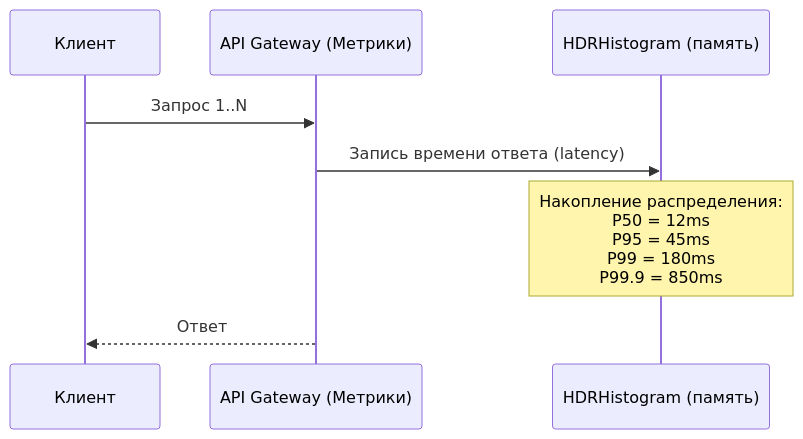
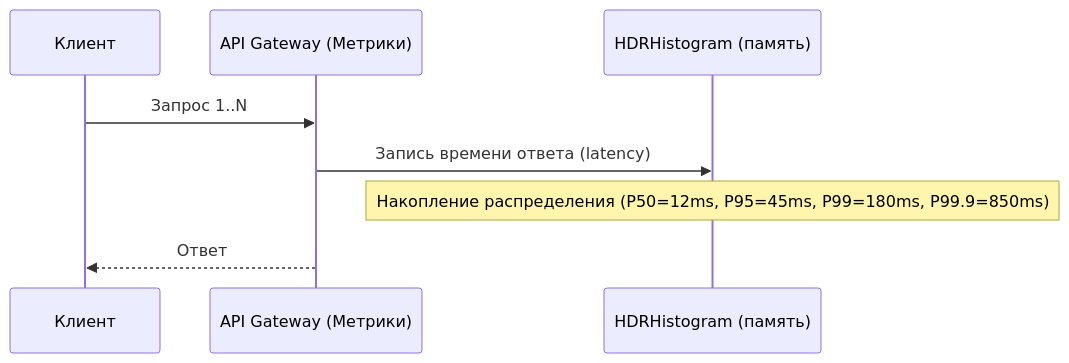
One commit to Groghrus/fullstack-core changed the second of 2 diagrams in packages/content/themes/09-keshirovanie/p99-latency.md. Above: the diagram before and after it, drawn with Mermaid. The commit also changed other lines of this file and 32 other files, not shown here.

````diff
--- a/packages/content/themes/09-keshirovanie/p99-latency.md
+++ b/packages/content/themes/09-keshirovanie/p99-latency.md
@@ -32,10 +32,10 @@
 ```mermaid
 sequenceDiagram
     participant Client as Клиент
     participant API as API Gateway (Метрики)
     participant Histogram as HDRHistogram (память)
     Client->>API: Запрос 1..N
     API->>Histogram: Запись времени ответа (latency)
-    Note over Histogram: Накопление распределения:<br/>P50 = 12ms<br/>P95 = 45ms<br/>P99 = 180ms<br/>P99.9 = 850ms
+    Note over Histogram: Накопление распределения (P50=12ms, P95=45ms, P99=180ms, P99.9=850ms)
     API-->>Client: Ответ
 ```
````
